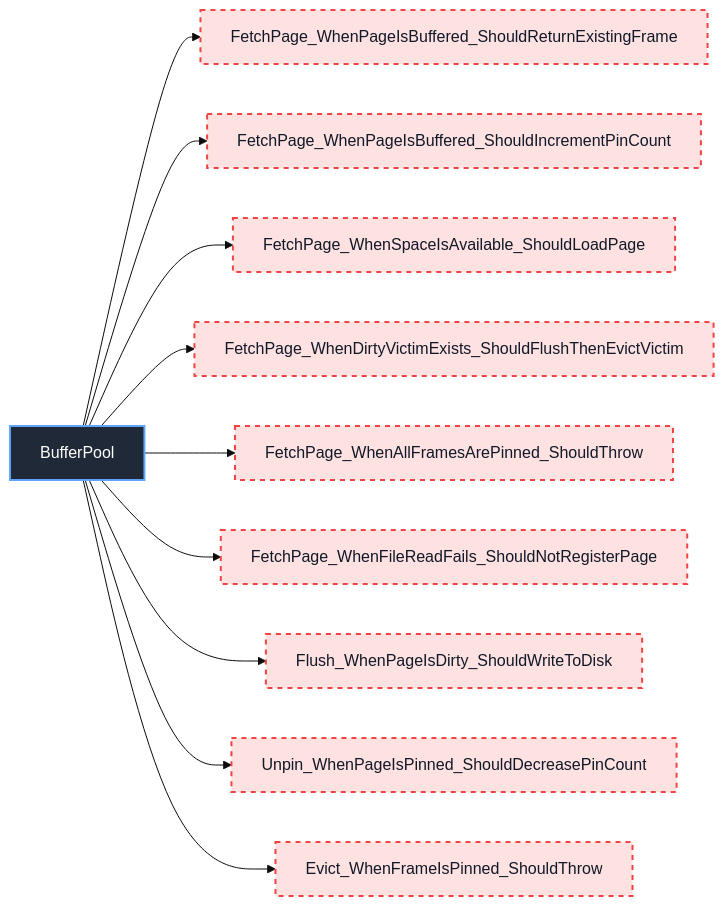
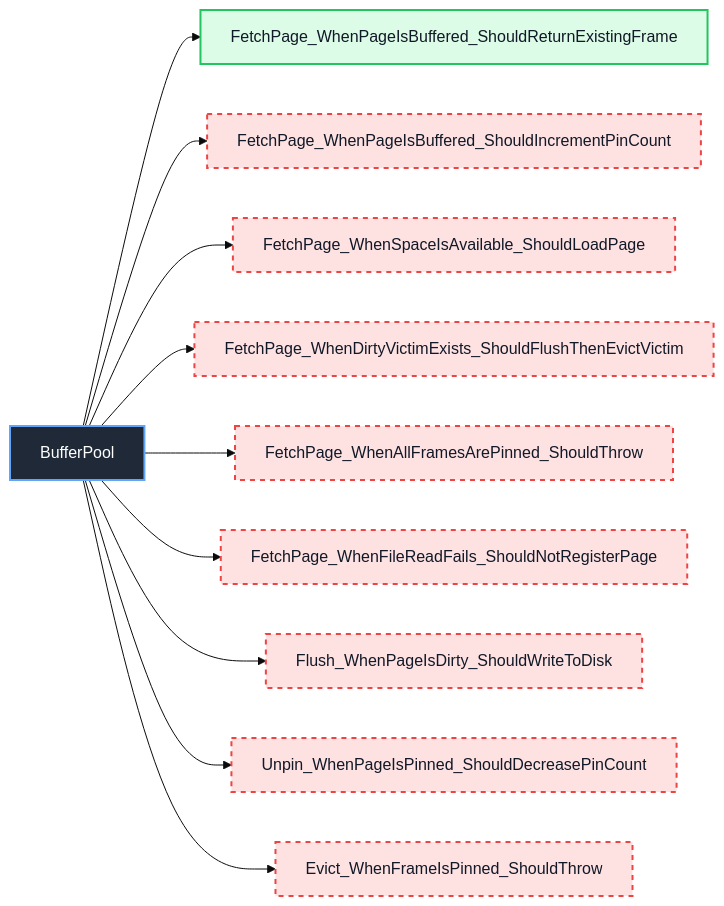
Before and after one commit to manaxpow/DBMS: diagram 19 of 30 in docs/unit-test/README.md, drawn with Mermaid (base theme). The commit also changed other lines of this file and 13 other files, not shown here.

````diff
--- a/docs/unit-test/README.md
+++ b/docs/unit-test/README.md
@@ -424,21 +424,22 @@
 ```mermaid
 flowchart LR
     Class_BufferPool["BufferPool"]
 
     Class_BufferPool --> BP_001["FetchPage_WhenPageIsBuffered_ShouldReturnExistingFrame"]
     Class_BufferPool --> BP_002["FetchPage_WhenPageIsBuffered_ShouldIncrementPinCount"]
     Class_BufferPool --> BP_003["FetchPage_WhenSpaceIsAvailable_ShouldLoadPage"]
     Class_BufferPool --> BP_004["FetchPage_WhenDirtyVictimExists_ShouldFlushThenEvictVictim"]
     Class_BufferPool --> BP_005["FetchPage_WhenAllFramesArePinned_ShouldThrow"]
     Class_BufferPool --> BP_006["FetchPage_WhenFileReadFails_ShouldNotRegisterPage"]
     Class_BufferPool --> BP_007["Flush_WhenPageIsDirty_ShouldWriteToDisk"]
     Class_BufferPool --> BP_008["Unpin_WhenPageIsPinned_ShouldDecreasePinCount"]
     Class_BufferPool --> BP_009["Evict_WhenFrameIsPinned_ShouldThrow"]
 
     classDef classNode fill:#1f2937,stroke:#60a5fa,color:#ffffff,stroke-width:2px
     classDef completedTest fill:#dcfce7,stroke:#22c55e,color:#111827,stroke-width:2px
     classDef missingTest fill:#fee2e2,stroke:#ef4444,color:#111827,stroke-width:2px,stroke-dasharray: 5 5
 
     class Class_BufferPool classNode
-    class BP_001,BP_002,BP_003,BP_004,BP_005,BP_006,BP_007,BP_008,BP_009 missingTest
+    class BP_001 completedTest
+    class BP_002,BP_003,BP_004,BP_005,BP_006,BP_007,BP_008,BP_009 missingTest
 ```
````
